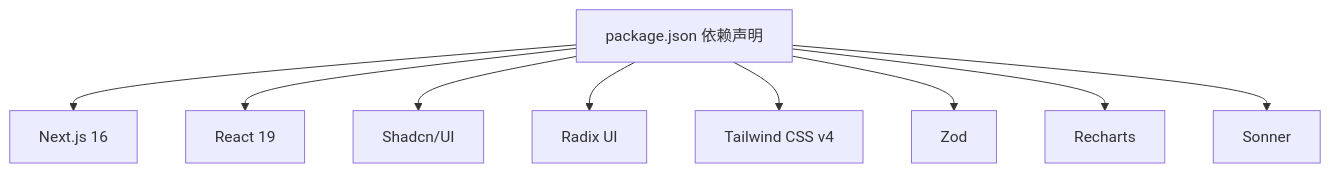
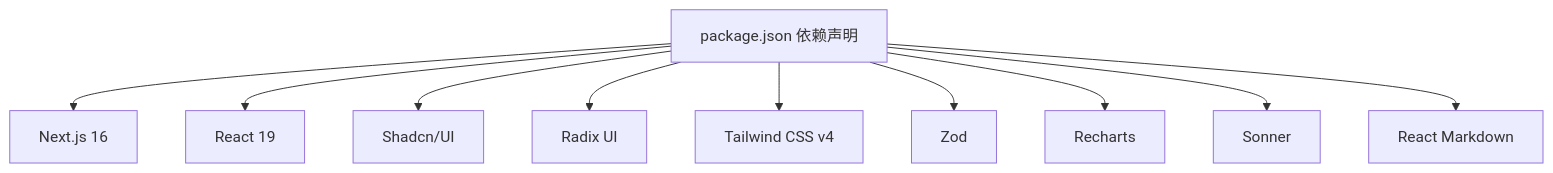
Diagram 12 of 12 in .qoder/repowiki/zh/content/前端应用文档/前端应用文档.md (ghbbn053-ship-itsoulddog/soulddog), drawn with Mermaid before and after one commit. The commit also changed other lines of this file and 119 other files, not shown here.

````diff
--- a/.qoder/repowiki/zh/content/前端应用文档/前端应用文档.md
+++ b/.qoder/repowiki/zh/content/前端应用文档/前端应用文档.md
@@ -348,20 +532,22 @@
 ```mermaid
 graph TB
 PKG["package.json 依赖声明"]
 NEXT["Next.js 16"]
 REACT["React 19"]
 SHADCN["Shadcn/UI"]
 RADIX["Radix UI"]
 TAILWIND["Tailwind CSS v4"]
 ZOD["Zod"]
 RECHARTS["Recharts"]
 SONNER["Sonner"]
+MARKDOWN["React Markdown"]
 PKG --> NEXT
 PKG --> REACT
 PKG --> SHADCN
 PKG --> RADIX
 PKG --> TAILWIND
 PKG --> ZOD
 PKG --> RECHARTS
 PKG --> SONNER
+PKG --> MARKDOWN
 ```
````
